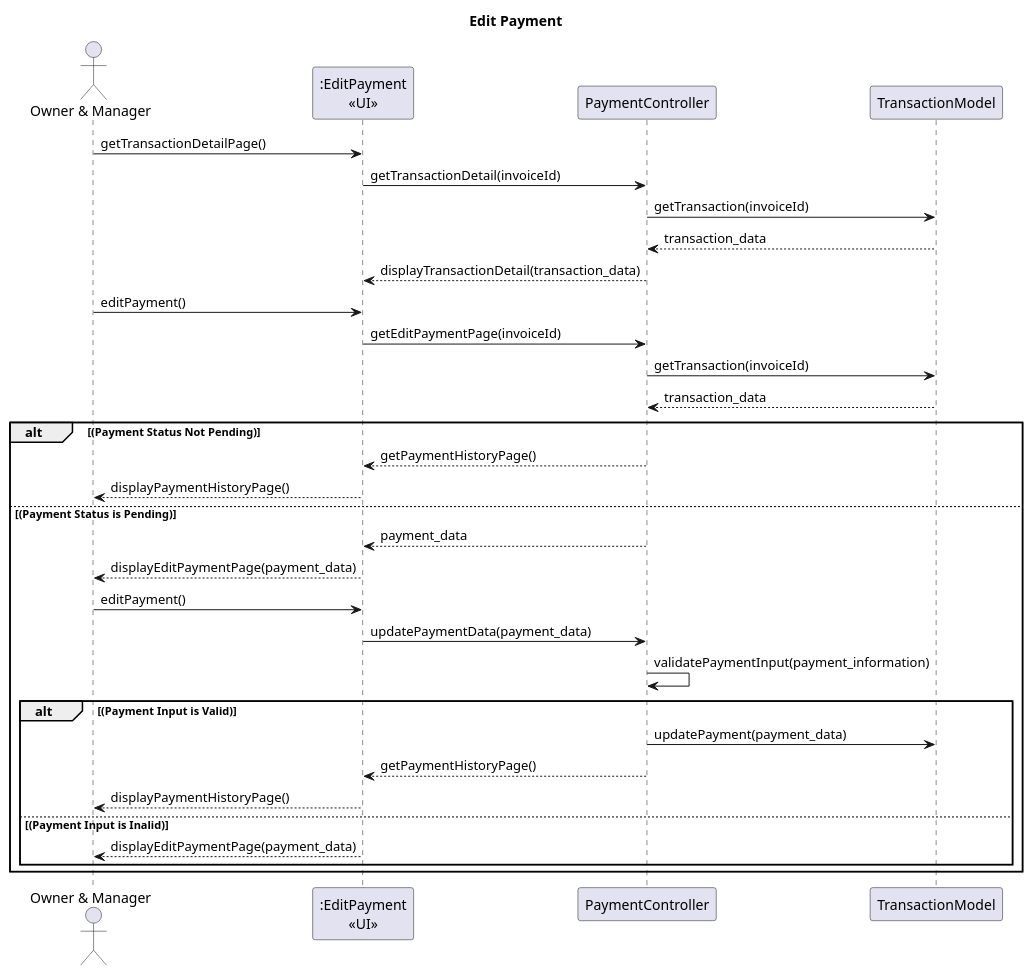
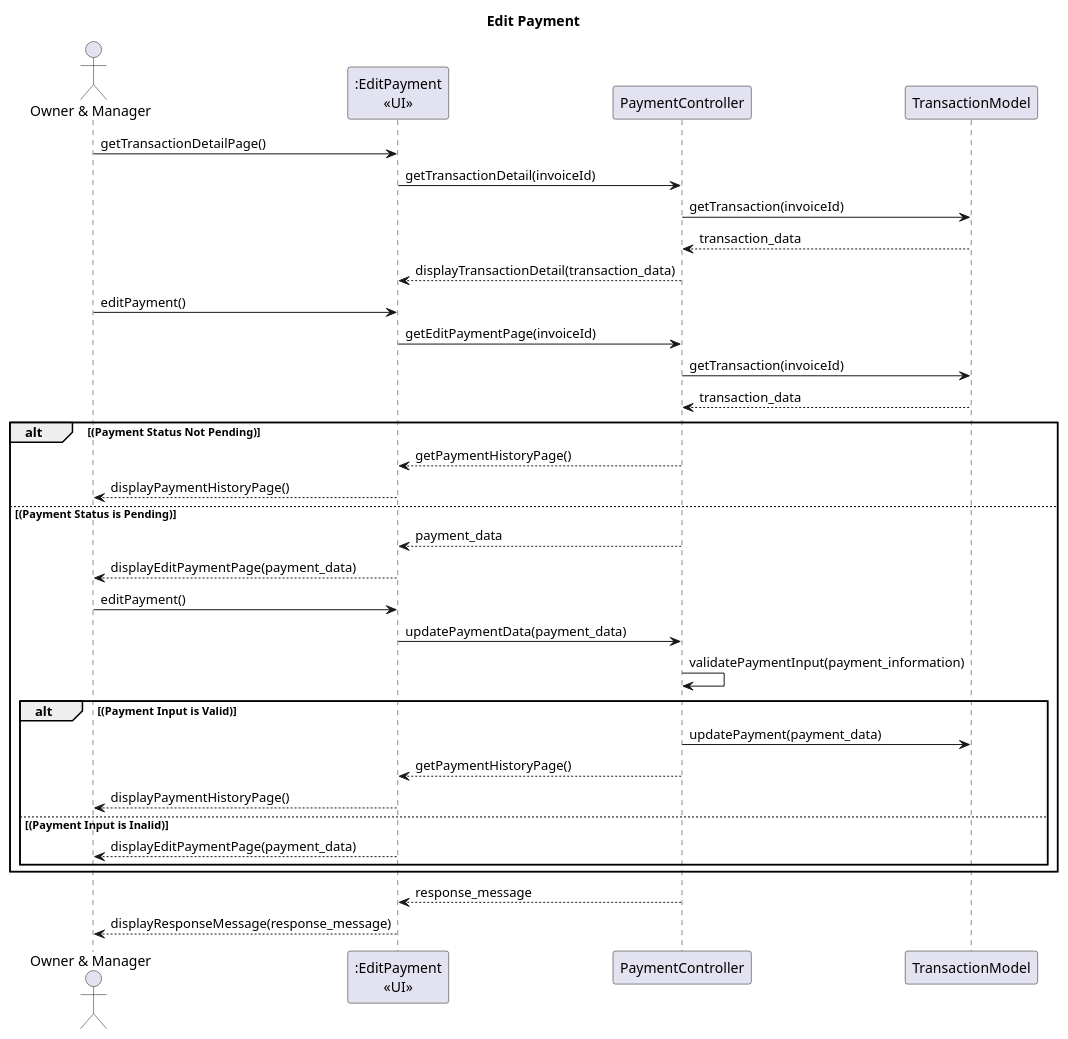
Before and after one commit to AntWort21/BHFMS: the diagram in Design/BHFMS_SEQUENCE/Owner Manager/Payment/Edit Payment.puml, drawn with PlantUML. The commit also changed 23 other files, not shown here.

Commit message:
Add response message & fix

```diff
--- a/Design/BHFMS_SEQUENCE/Owner Manager/Payment/Edit Payment.puml
+++ b/Design/BHFMS_SEQUENCE/Owner Manager/Payment/Edit Payment.puml
@@ -1,39 +1,42 @@
 @startuml
 title Edit Payment
 actor "Owner & Manager" as act
 participant ":EditPayment\n<<UI>>" as view
 participant PaymentController as ctrl
 participant TransactionModel as tm
 
 act -> view : getTransactionDetailPage()
 view -> ctrl : getTransactionDetail(invoiceId)
 ctrl -> tm : getTransaction(invoiceId)
 ctrl <-- tm : transaction_data
 view <-- ctrl : displayTransactionDetail(transaction_data)
 
 act -> view : editPayment()
 view -> ctrl : getEditPaymentPage(invoiceId)
 ctrl -> tm : getTransaction(invoiceId)
 ctrl <-- tm : transaction_data
 
 alt (Payment Status Not Pending)
     view <-- ctrl : getPaymentHistoryPage()
     act <-- view : displayPaymentHistoryPage() 
 else (Payment Status is Pending)
     view <-- ctrl : payment_data
     act <-- view : displayEditPaymentPage(payment_data) 
 
     act -> view : editPayment()
     view -> ctrl : updatePaymentData(payment_data)
     ctrl -> ctrl : validatePaymentInput(payment_information)
     alt (Payment Input is Valid)
         ctrl -> tm : updatePayment(payment_data)
     
         view <-- ctrl : getPaymentHistoryPage()
         act <-- view : displayPaymentHistoryPage()
     else (Payment Input is Inalid)
     
         act <-- view : displayEditPaymentPage(payment_data)
     end 
 end 
+view <-- ctrl : response_message
+act <-- view : displayResponseMessage(response_message)
+
 @enduml
```
